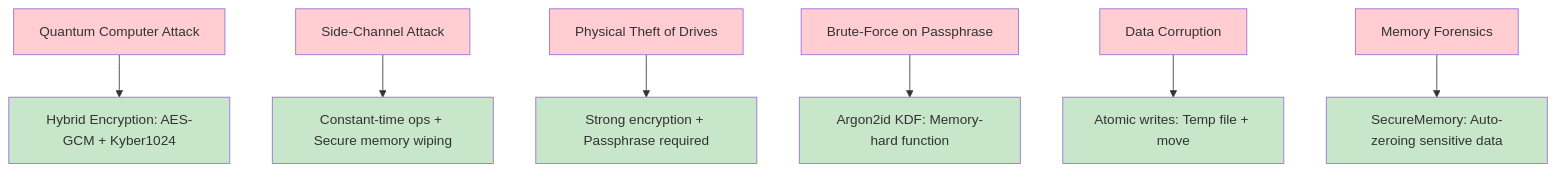
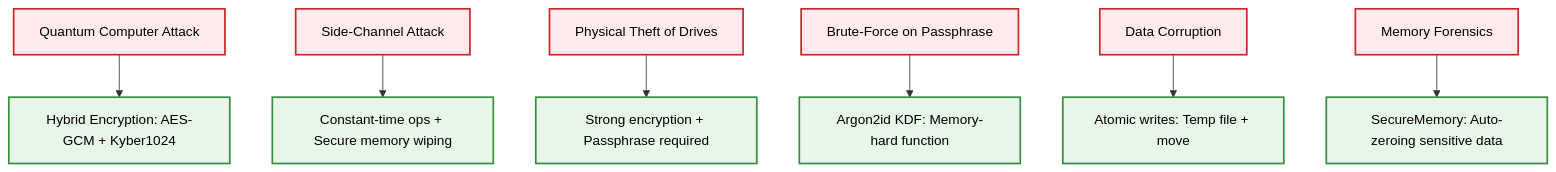
Diagram 13 of 13 in README.md (Johnsonajibi/PostQuantum-DualUSB-Token-Library), drawn with Mermaid before and after one commit. The commit also changed other lines of this file, not shown here.

First line of the commit message:
docs: Improve color contrast in all Mermaid diagrams

````diff
--- a/README.md
+++ b/README.md
@@ -649,23 +649,23 @@
 ```mermaid
 graph TB
     T1[Quantum Computer Attack] --> M1[Hybrid Encryption: AES-GCM + Kyber1024]
     T2[Side-Channel Attack] --> M2[Constant-time ops + Secure memory wiping]
     T3[Physical Theft of Drives] --> M3[Strong encryption + Passphrase required]
     T4[Brute-Force on Passphrase] --> M4[Argon2id KDF: Memory-hard function]
     T5[Data Corruption] --> M5[Atomic writes: Temp file + move]
     T6[Memory Forensics] --> M6[SecureMemory: Auto-zeroing sensitive data]
     
-    style M1 fill:#c8e6c9
-    style M2 fill:#c8e6c9
-    style M3 fill:#c8e6c9
-    style M4 fill:#c8e6c9
-    style M5 fill:#c8e6c9
-    style M6 fill:#c8e6c9
+    style M1 fill:#e8f5e9,stroke:#388e3c,stroke-width:2px,color:#000
+    style M2 fill:#e8f5e9,stroke:#388e3c,stroke-width:2px,color:#000
+    style M3 fill:#e8f5e9,stroke:#388e3c,stroke-width:2px,color:#000
+    style M4 fill:#e8f5e9,stroke:#388e3c,stroke-width:2px,color:#000
+    style M5 fill:#e8f5e9,stroke:#388e3c,stroke-width:2px,color:#000
+    style M6 fill:#e8f5e9,stroke:#388e3c,stroke-width:2px,color:#000
     
-    style T1 fill:#ffcdd2
-    style T2 fill:#ffcdd2
-    style T3 fill:#ffcdd2
-    style T4 fill:#ffcdd2
-    style T5 fill:#ffcdd2
-    style T6 fill:#ffcdd2
+    style T1 fill:#ffebee,stroke:#c62828,stroke-width:2px,color:#000
+    style T2 fill:#ffebee,stroke:#c62828,stroke-width:2px,color:#000
+    style T3 fill:#ffebee,stroke:#c62828,stroke-width:2px,color:#000
+    style T4 fill:#ffebee,stroke:#c62828,stroke-width:2px,color:#000
+    style T5 fill:#ffebee,stroke:#c62828,stroke-width:2px,color:#000
+    style T6 fill:#ffebee,stroke:#c62828,stroke-width:2px,color:#000
 ```
````
